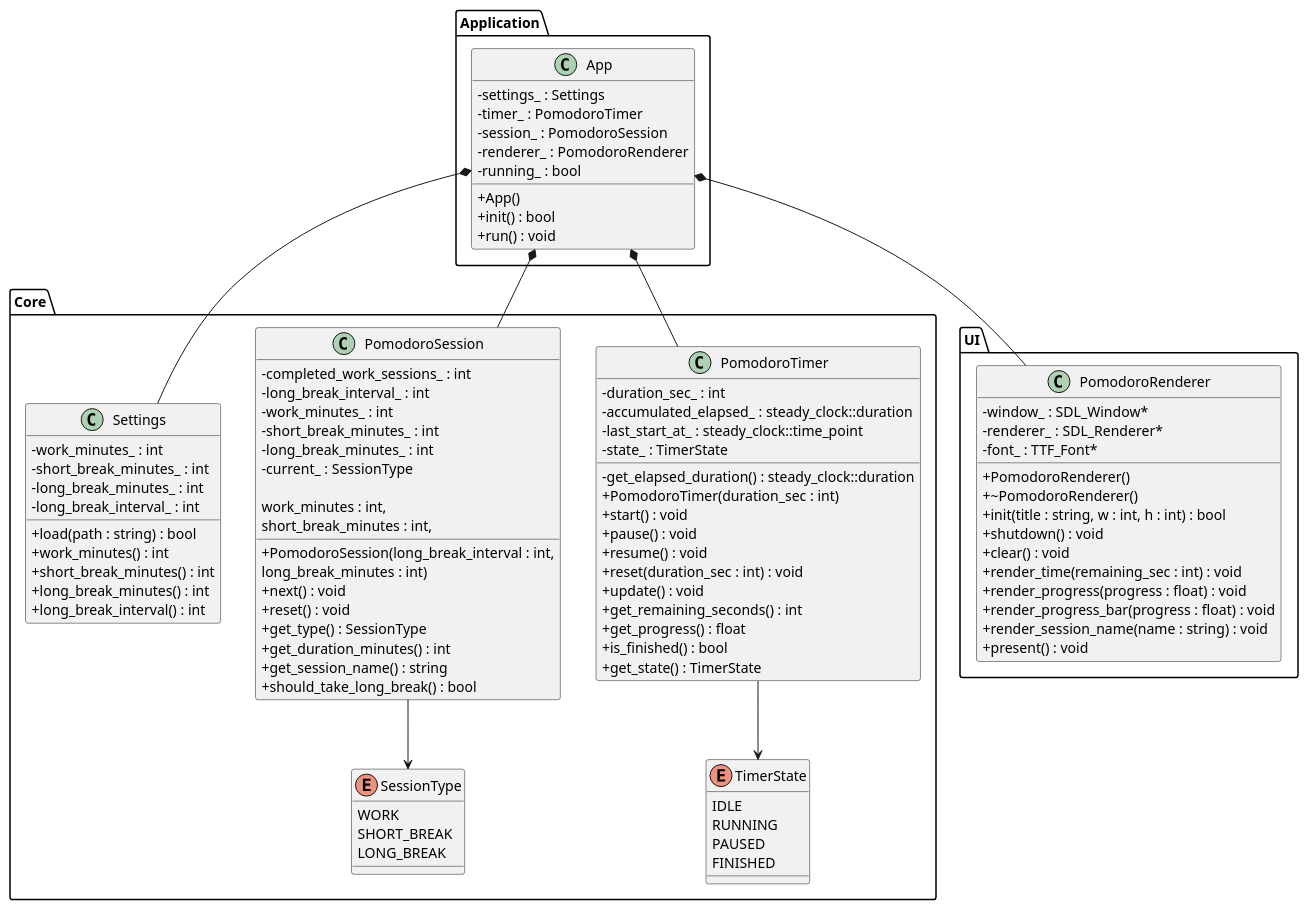
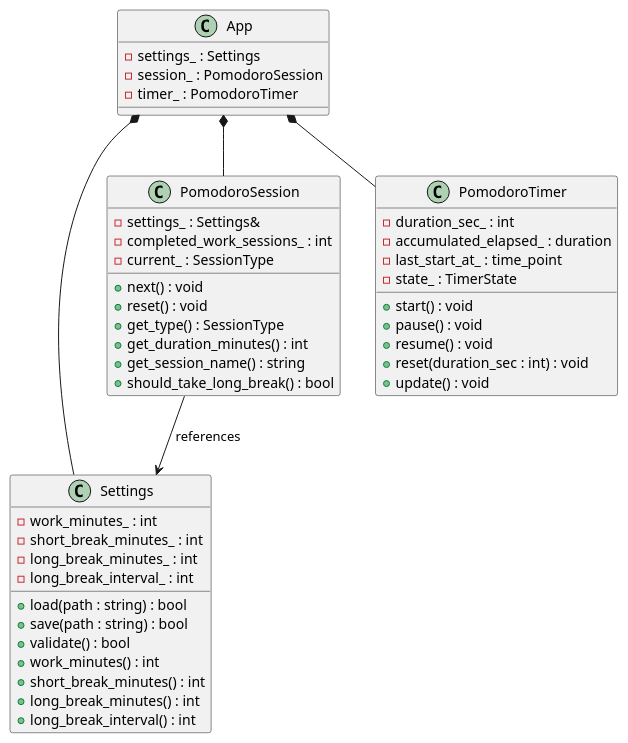
The diagram in pomodoro/docs/test.puml (user4032438215/pomodoro-sdl2), drawn with PlantUML before and after one commit. The commit also changed 14 other files, not shown here.

```diff
--- a/pomodoro/docs/test.puml
+++ b/pomodoro/docs/test.puml
@@ -1,114 +1,55 @@
 @startuml
 
-skinparam classAttributeIconSize 0
+class Settings {
+    - work_minutes_ : int
+    - short_break_minutes_ : int
+    - long_break_minutes_ : int
+    - long_break_interval_ : int
 
-package "Core" {
-
-    enum SessionType {
-        WORK
-        SHORT_BREAK
-        LONG_BREAK
-    }
-
-    enum TimerState {
-        IDLE
-        RUNNING
-        PAUSED
-        FINISHED
-    }
-
-    class PomodoroTimer {
-        - duration_sec_ : int
-        - accumulated_elapsed_ : steady_clock::duration
-        - last_start_at_ : steady_clock::time_point
-        - get_elapsed_duration() : steady_clock::duration
-        - state_ : TimerState
-
-        + PomodoroTimer(duration_sec : int)
-        + start() : void
-        + pause() : void
-        + resume() : void
-        + reset(duration_sec : int) : void
-        + update() : void
-        + get_remaining_seconds() : int
-        + get_progress() : float
-        + is_finished() : bool
-        + get_state() : TimerState
-    }
-
-    class PomodoroSession {
-        - completed_work_sessions_ : int
-        - long_break_interval_ : int
-        - work_minutes_ : int
-        - short_break_minutes_ : int
-        - long_break_minutes_ : int
-        - current_ : SessionType
-
-        + PomodoroSession(long_break_interval : int,
-        work_minutes : int,
-        short_break_minutes : int,
-        long_break_minutes : int)
-        + next() : void
-        + reset() : void
-        + get_type() : SessionType
-        + get_duration_minutes() : int
-        + get_session_name() : string
-        + should_take_long_break() : bool
-    }
-
-    class Settings {
-        - work_minutes_ : int
-        - short_break_minutes_ : int
-        - long_break_minutes_ : int
-        - long_break_interval_ : int
-        + load(path : string) : bool
-        + work_minutes() : int
-        + short_break_minutes() : int
-        + long_break_minutes() : int
-        + long_break_interval() : int
-    }
+    + load(path : string) : bool
+    + save(path : string) : bool
+    + validate() : bool
+    + work_minutes() : int
+    + short_break_minutes() : int
+    + long_break_minutes() : int
+    + long_break_interval() : int
 }
 
-package "UI" {
+class PomodoroSession {
+    - settings_ : Settings&
+    - completed_work_sessions_ : int
+    - current_ : SessionType
 
-    class PomodoroRenderer {
-        - window_ : SDL_Window*
-        - renderer_ : SDL_Renderer*
-        - font_ : TTF_Font*
-
-        + PomodoroRenderer()
-        + ~PomodoroRenderer()
-        + init(title : string, w : int, h : int) : bool
-        + shutdown() : void
-        + clear() : void
-        + render_time(remaining_sec : int) : void
-        + render_progress(progress : float) : void
-        + render_progress_bar(progress : float) : void
-        + render_session_name(name : string) : void
-        + present() : void
-    }
+    + next() : void
+    + reset() : void
+    + get_type() : SessionType
+    + get_duration_minutes() : int
+    + get_session_name() : string
+    + should_take_long_break() : bool
 }
 
-package "Application" {
+class PomodoroTimer {
+    - duration_sec_ : int
+    - accumulated_elapsed_ : duration
+    - last_start_at_ : time_point
+    - state_ : TimerState
 
-    class App {
-        - settings_ : Settings
-        - timer_ : PomodoroTimer
-        - session_ : PomodoroSession
-        - renderer_ : PomodoroRenderer
-        - running_ : bool
-        + App()
-        + init() : bool
-        + run() : void
-    }
+    + start() : void
+    + pause() : void
+    + resume() : void
+    + reset(duration_sec : int) : void
+    + update() : void
 }
 
+class App {
+    - settings_ : Settings
+    - session_ : PomodoroSession
+    - timer_ : PomodoroTimer
+}
+
+PomodoroSession --> Settings : references
+App *-- Settings
+App *-- PomodoroSession
 App *-- PomodoroTimer
-App *-- PomodoroSession
-App *-- Settings
-App *-- PomodoroRenderer
-
-PomodoroSession --> SessionType
-PomodoroTimer --> TimerState
 
 @enduml
```
